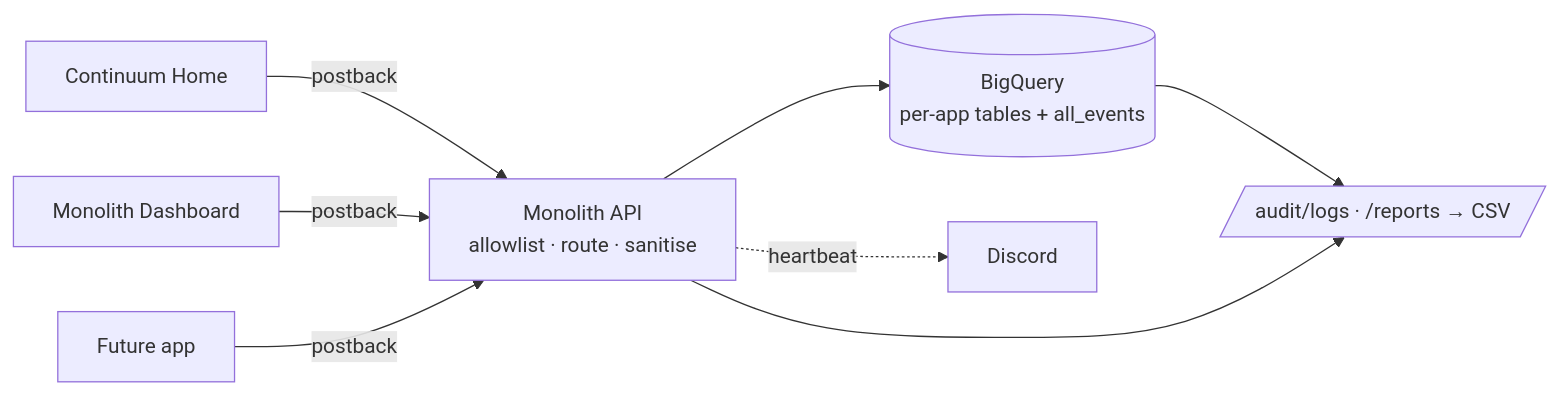
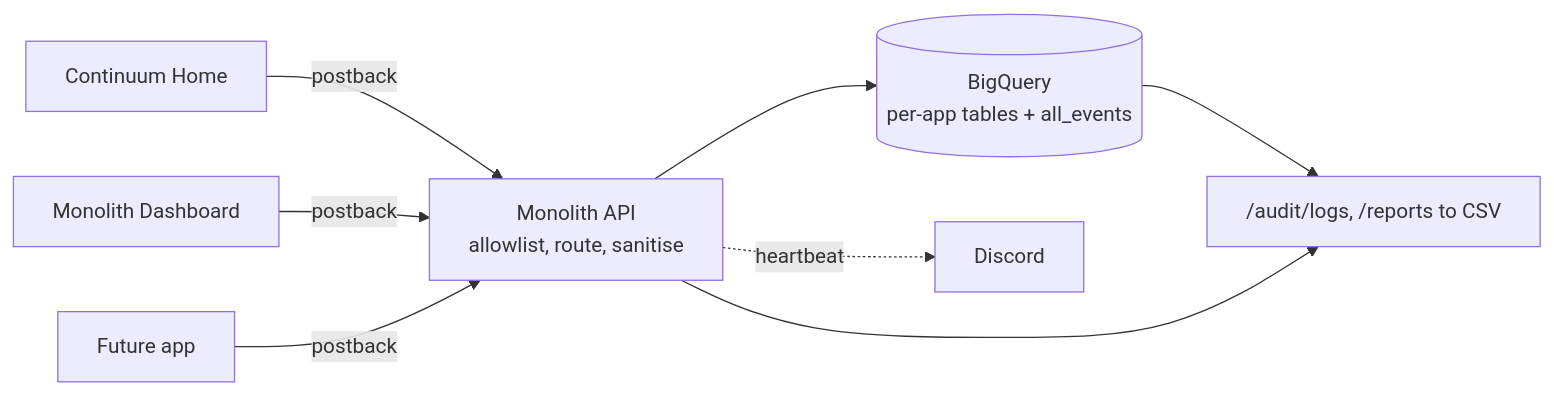
Before and after one commit to fal3n-4ngel/Monolith: the diagram in README.md, drawn with Mermaid. The commit also changed other lines of this file and 42 other files, not shown here.

````diff
--- a/README.md
+++ b/README.md
@@ -76,10 +79,10 @@
 ```mermaid
 flowchart LR
-  A[Continuum Home] -->|postback| M
-  B[Monolith Dashboard] -->|postback| M
-  C[Future app] -->|postback| M
-  M[Monolith API<br/>allowlist · route · sanitise] --> BQ[(BigQuery<br/>per-app tables + all_events)]
-  M -. heartbeat .-> D[Discord]
-  BQ --> R[/audit/logs · /reports → CSV/]
+  A["Continuum Home"] -->|postback| M
+  B["Monolith Dashboard"] -->|postback| M
+  C["Future app"] -->|postback| M
+  M["Monolith API<br/>allowlist, route, sanitise"] --> BQ[("BigQuery<br/>per-app tables + all_events")]
+  M -. heartbeat .-> D["Discord"]
+  BQ --> R["/audit/logs, /reports to CSV"]
   M --> R
 ```
````
